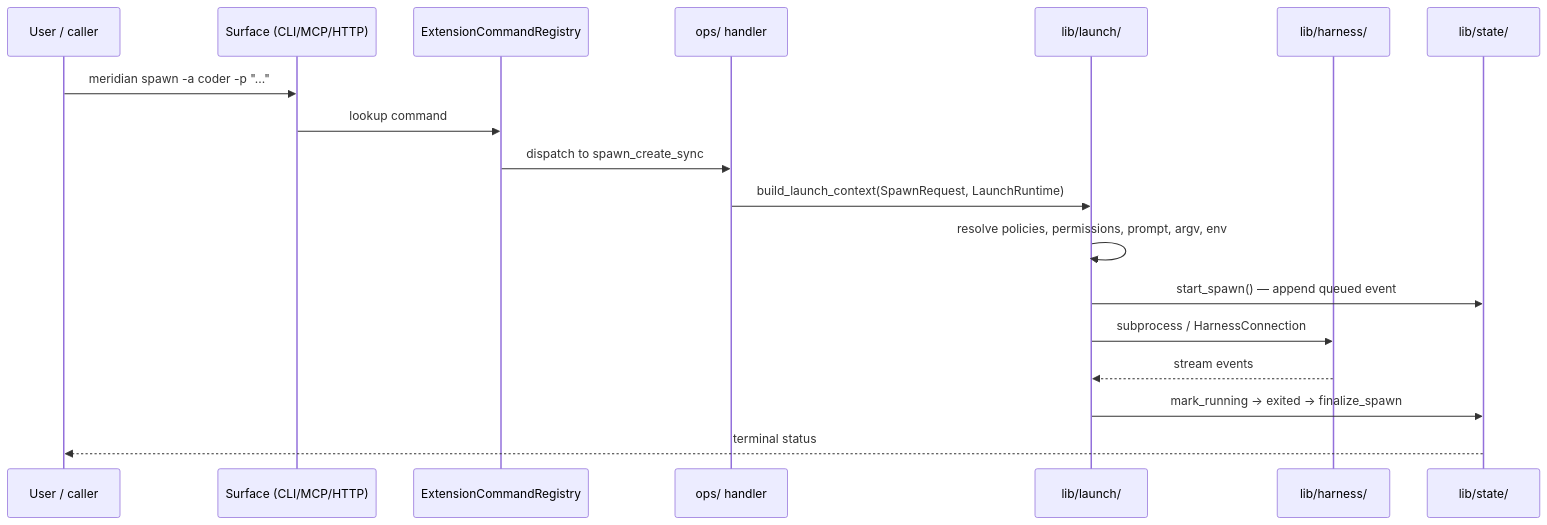
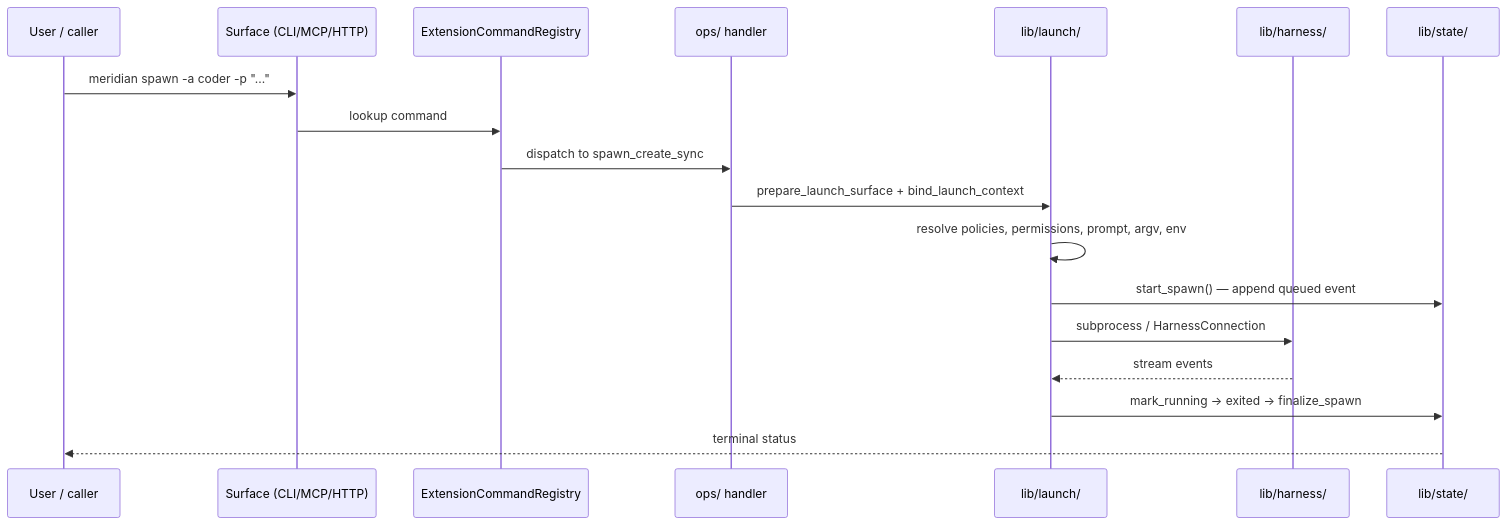
One commit to haowjy/meridian-cli-kb changed the second of 3 diagrams in kb/architecture/system-overview.md. Above: the diagram before and after it, drawn with Mermaid. The commit also changed other lines of this file and 12 other files, not shown here.

````diff
--- a/kb/architecture/system-overview.md
+++ b/kb/architecture/system-overview.md
@@ -41,21 +41,21 @@
 ```mermaid
 sequenceDiagram
     participant U as User / caller
     participant S as Surface (CLI/MCP/HTTP)
     participant R as ExtensionCommandRegistry
     participant O as ops/ handler
     participant L as lib/launch/
     participant H as lib/harness/
     participant St as lib/state/
 
     U->>S: meridian spawn -a coder -p "..."
     S->>R: lookup command
     R->>O: dispatch to spawn_create_sync
-    O->>L: build_launch_context(SpawnRequest, LaunchRuntime)
+    O->>L: prepare_launch_surface + bind_launch_context
     L->>L: resolve policies, permissions, prompt, argv, env
     L->>St: start_spawn() — append queued event
     L->>H: subprocess / HarnessConnection
     H-->>L: stream events
     L->>St: mark_running → exited → finalize_spawn
     St-->>U: terminal status
 ```
````
